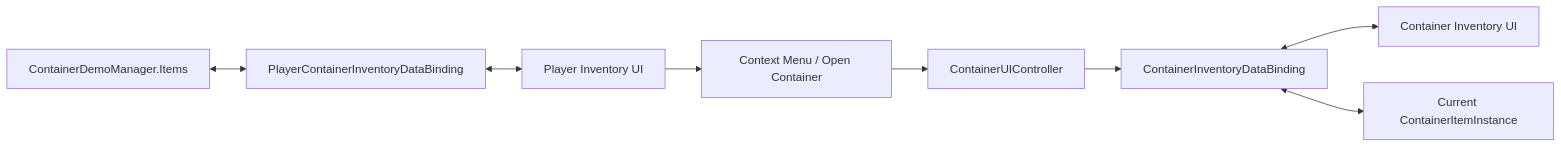
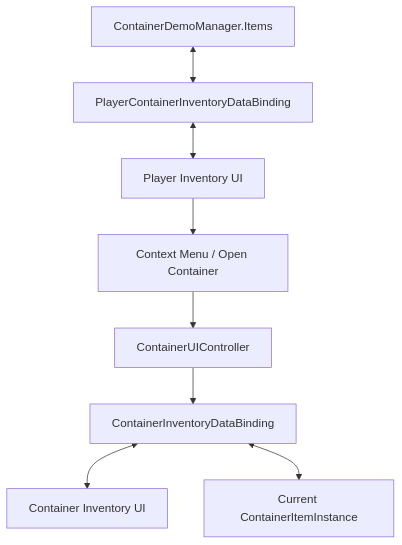
The diagram in .docs/content/examples/demo5-containers.en.md (SergeevSergey99/DragAndDropSystem-Docs), drawn with Mermaid before and after one commit. The commit also changed 1 other file, not shown here.

Commit message:
фиксы графа

````diff
--- a/.docs/content/examples/demo5-containers.en.md
+++ b/.docs/content/examples/demo5-containers.en.md
@@ -42,10 +42,10 @@
 ```mermaid
-flowchart LR
+flowchart TD
     PlayerData["ContainerDemoManager.Items"] <--> PlayerBinding["PlayerContainerInventoryDataBinding"]
     PlayerBinding <--> PlayerUI["Player Inventory UI"]
     PlayerUI --> Menu["Context Menu / Open Container"]
     Menu --> UIController["ContainerUIController"]
     UIController --> ContainerBinding["ContainerInventoryDataBinding"]
     ContainerBinding <--> ContainerUI["Container Inventory UI"]
     ContainerBinding <--> ActiveContainer["Current ContainerItemInstance"]
 ```
````
